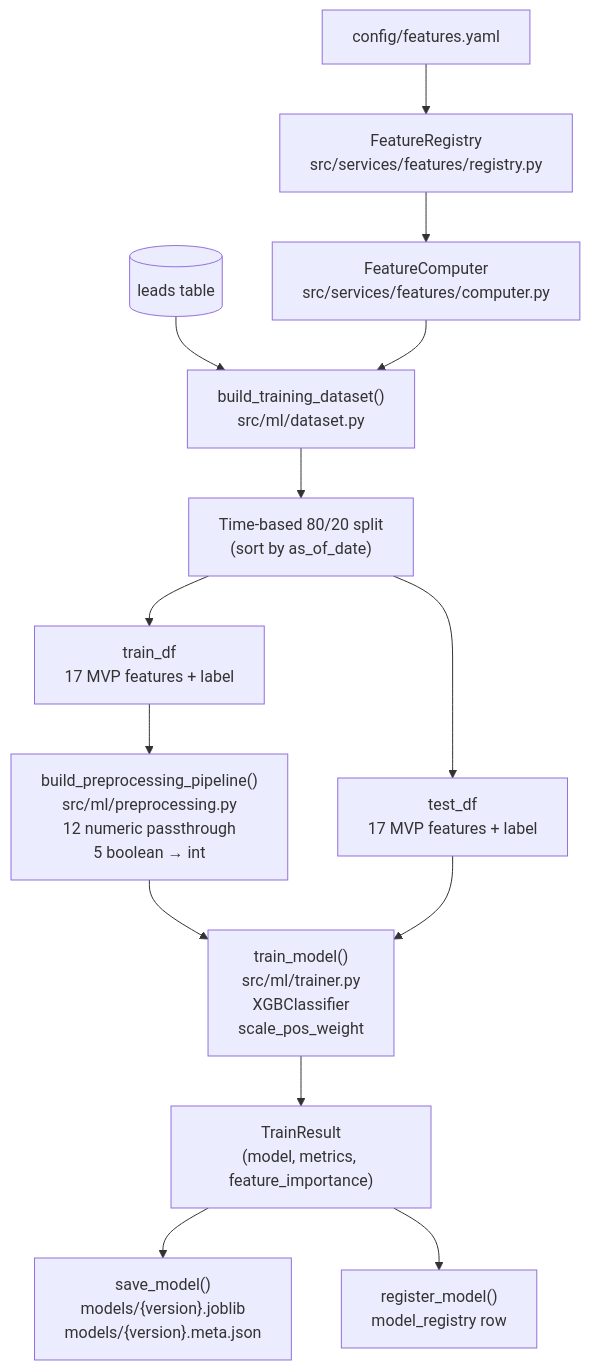
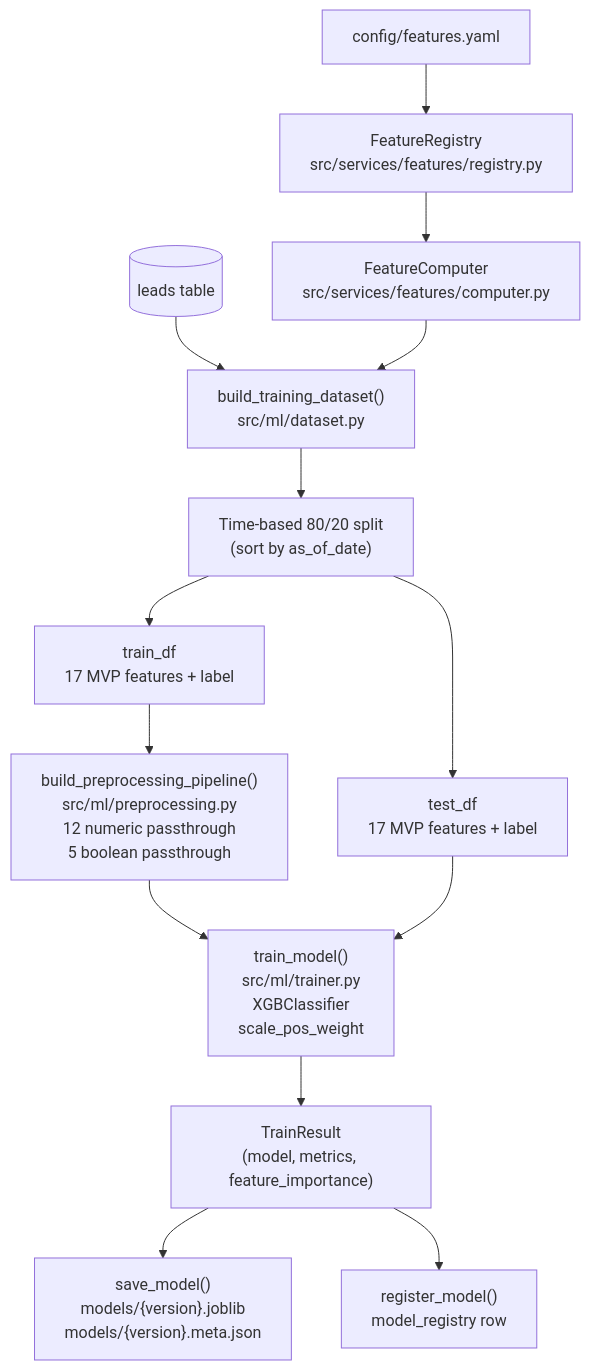
The diagram in docs/ml-model.md (asong65535/lead-scoring), drawn with Mermaid before and after one commit. The commit also changed other lines of this file and 5 other files, not shown here.

````diff
--- a/docs/ml-model.md
+++ b/docs/ml-model.md
@@ -213,16 +217,16 @@
 ```mermaid
 flowchart TD
     leads[(leads table)] --> dataset["build_training_dataset()\nsrc/ml/dataset.py"]
     features_yaml["config/features.yaml"] --> registry["FeatureRegistry\nsrc/services/features/registry.py"]
     registry --> computer["FeatureComputer\nsrc/services/features/computer.py"]
     computer --> dataset
     dataset --> split["Time-based 80/20 split\n(sort by as_of_date)"]
     split --> train_df["train_df\n17 MVP features + label"]
     split --> test_df["test_df\n17 MVP features + label"]
-    train_df --> preprocess["build_preprocessing_pipeline()\nsrc/ml/preprocessing.py\n12 numeric passthrough\n5 boolean → int"]
+    train_df --> preprocess["build_preprocessing_pipeline()\nsrc/ml/preprocessing.py\n12 numeric passthrough\n5 boolean passthrough"]
     preprocess --> trainer["train_model()\nsrc/ml/trainer.py\nXGBClassifier\nscale_pos_weight"]
     test_df --> trainer
     trainer --> result["TrainResult\n(model, metrics, feature_importance)"]
     result --> save["save_model()\nmodels/{version}.joblib\nmodels/{version}.meta.json"]
     result --> register["register_model()\nmodel_registry row"]
 ```
````
